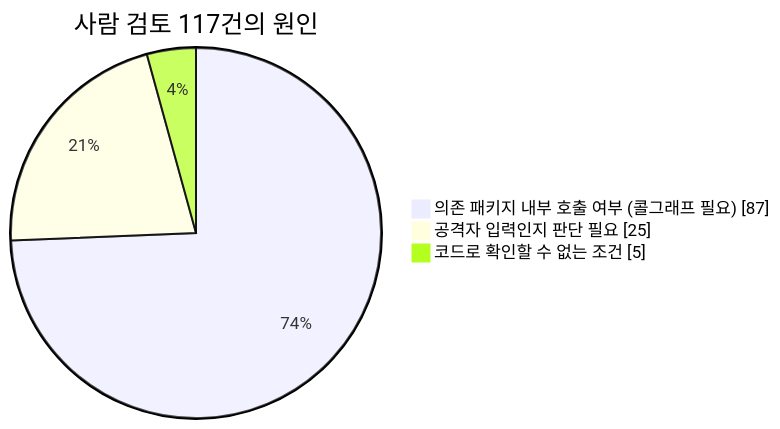
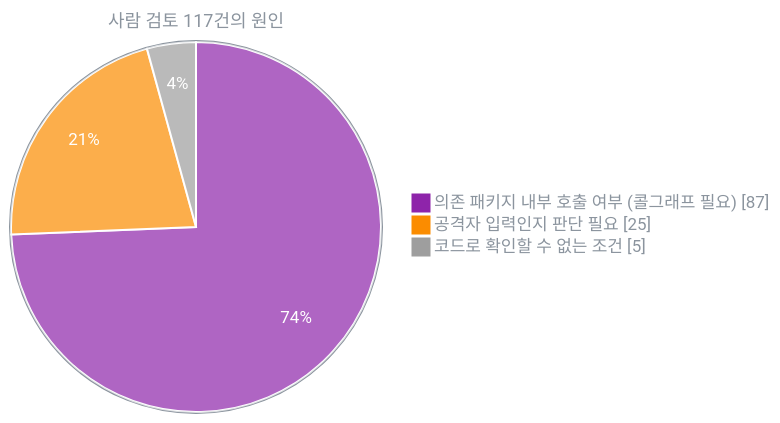
Before and after one commit to toowani/supply-chain-agent: the fourth of 4 diagrams in README.md, drawn with Mermaid. The commit also changed other lines of this file, not shown here.

Commit message:
README: theme-safe diagram colors, stacked architecture

````diff
--- a/README.md
+++ b/README.md
@@ -102,7 +114,8 @@
 ```mermaid
+%%{init: {'theme':'base','themeVariables':{'pie1':'#8e24aa','pie2':'#fb8c00','pie3':'#9e9e9e','pieStrokeColor':'#ffffff','pieOuterStrokeColor':'#8b949e','pieSectionTextColor':'#ffffff','pieTitleTextColor':'#8b949e','pieLegendTextColor':'#8b949e','pieTitleTextSize':'18px'}}}%%
 pie showData
   title 사람 검토 117건의 원인
   "의존 패키지 내부 호출 여부 (콜그래프 필요)" : 87
   "공격자 입력인지 판단 필요" : 25
   "코드로 확인할 수 없는 조건" : 5
 ```
````
